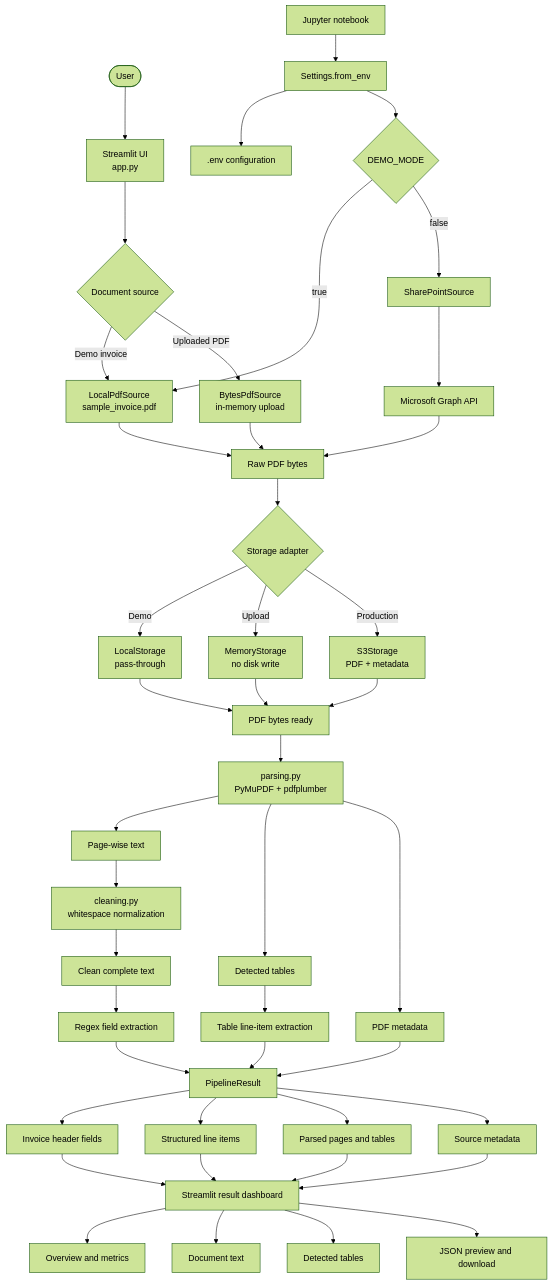
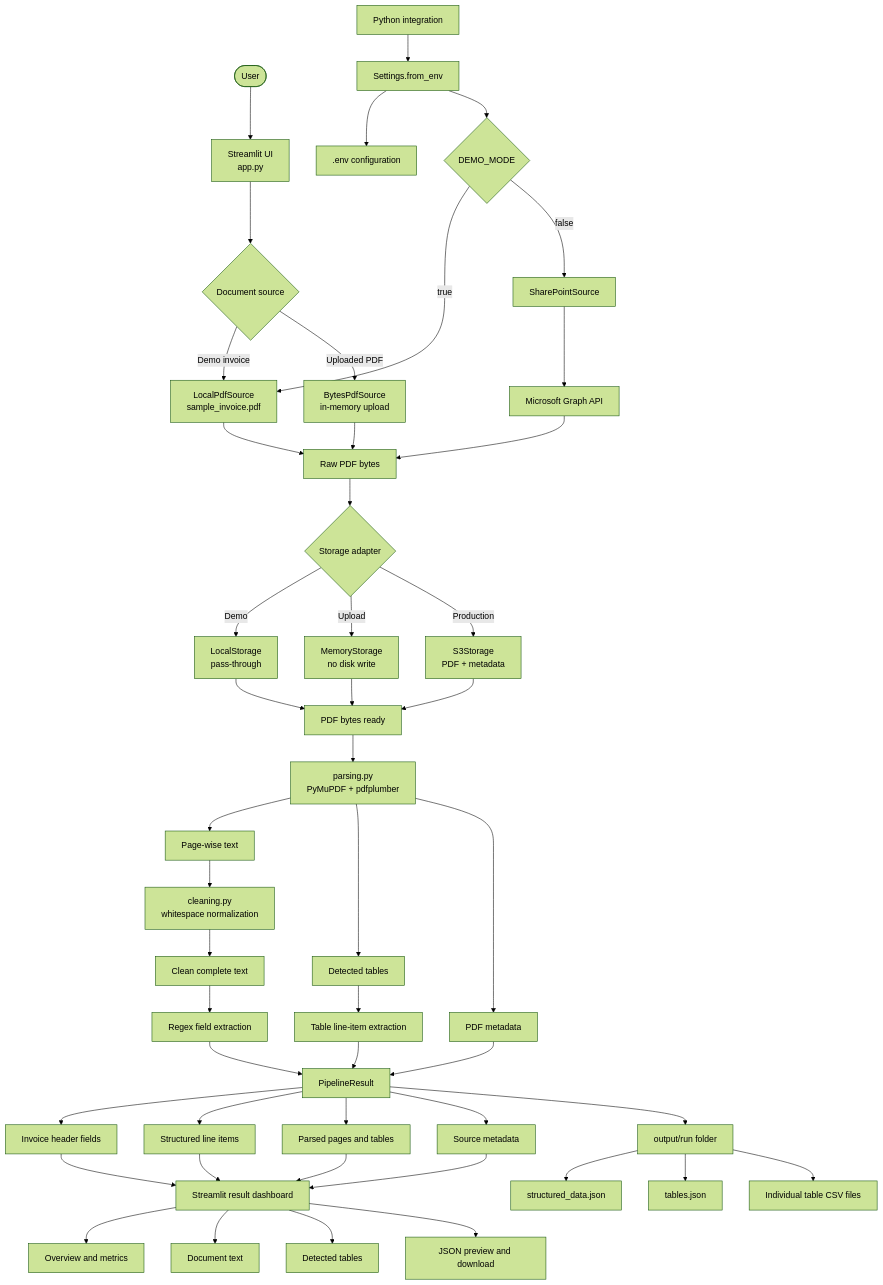
The first of 3 diagrams in README.md (sunnysavita10/data-parsing), drawn with Mermaid (forest theme) before and after one commit. The commit also changed other lines of this file and 11 other files, not shown here.

````diff
--- a/README.md
+++ b/README.md
@@ -9,57 +9,62 @@
 ```mermaid
 flowchart TD
     USER([User]) --> UI[Streamlit UI<br/>app.py]
 
     UI --> MODE{Document source}
     MODE -->|Demo invoice| LOCAL[LocalPdfSource<br/>sample_invoice.pdf]
     MODE -->|Uploaded PDF| UPLOAD[BytesPdfSource<br/>in-memory upload]
 
-    NOTEBOOK[Jupyter notebook] --> SETTINGS[Settings.from_env]
+    INTEGRATION[Python integration] --> SETTINGS[Settings.from_env]
     SETTINGS --> ENV[.env configuration]
     SETTINGS --> CLOUD_MODE{DEMO_MODE}
     CLOUD_MODE -->|true| LOCAL
     CLOUD_MODE -->|false| SHAREPOINT[SharePointSource]
 
     SHAREPOINT --> GRAPH[Microsoft Graph API]
     GRAPH --> RAW[Raw PDF bytes]
     LOCAL --> RAW
     UPLOAD --> RAW
 
     RAW --> STORAGE{Storage adapter}
     STORAGE -->|Demo| LOCAL_STORE[LocalStorage<br/>pass-through]
     STORAGE -->|Upload| MEMORY[MemoryStorage<br/>no disk write]
     STORAGE -->|Production| S3[S3Storage<br/>PDF + metadata]
 
     LOCAL_STORE --> STORED[PDF bytes ready]
     MEMORY --> STORED
     S3 --> STORED
 
     STORED --> PARSER[parsing.py<br/>PyMuPDF + pdfplumber]
     PARSER --> PAGES[Page-wise text]
     PARSER --> TABLES[Detected tables]
     PARSER --> PDF_META[PDF metadata]
 
     PAGES --> CLEANER[cleaning.py<br/>whitespace normalization]
     CLEANER --> CLEAN_TEXT[Clean complete text]
 
     CLEAN_TEXT --> FIELD_EXTRACT[Regex field extraction]
     TABLES --> ITEM_EXTRACT[Table line-item extraction]
 
     FIELD_EXTRACT --> RESULT[PipelineResult]
     ITEM_EXTRACT --> RESULT
     PDF_META --> RESULT
     RESULT --> INVOICE[Invoice header fields]
     RESULT --> ITEMS[Structured line items]
     RESULT --> PARSED[Parsed pages and tables]
     RESULT --> META[Source metadata]
 
+    RESULT --> OUTPUT[output/run folder]
+    OUTPUT --> FULL_JSON[structured_data.json]
+    OUTPUT --> TABLES_JSON[tables.json]
+    OUTPUT --> TABLE_CSV[Individual table CSV files]
+
     INVOICE --> DASHBOARD[Streamlit result dashboard]
     ITEMS --> DASHBOARD
     PARSED --> DASHBOARD
     META --> DASHBOARD
 
     DASHBOARD --> OVERVIEW[Overview and metrics]
     DASHBOARD --> DOC_TAB[Document text]
     DASHBOARD --> TABLE_TAB[Detected tables]
     DASHBOARD --> JSON[JSON preview and download]
 ```
````
